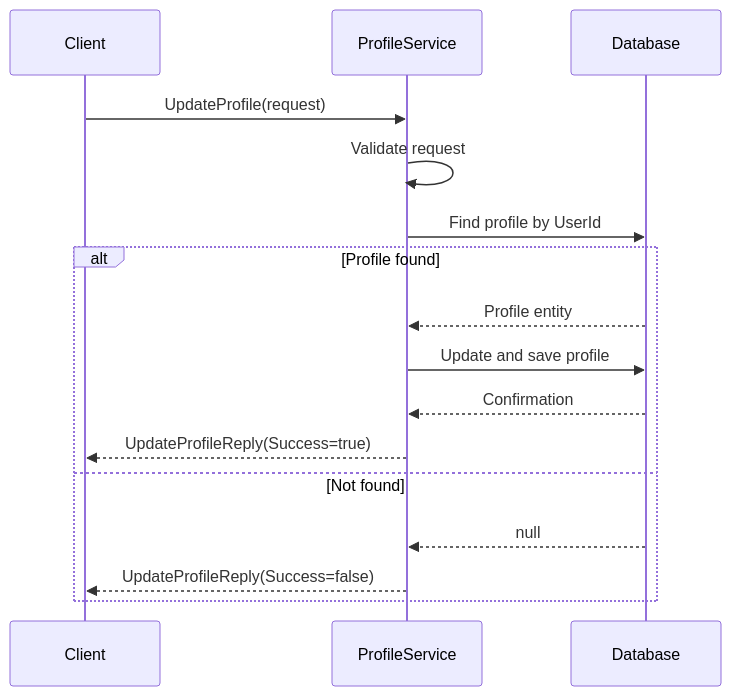
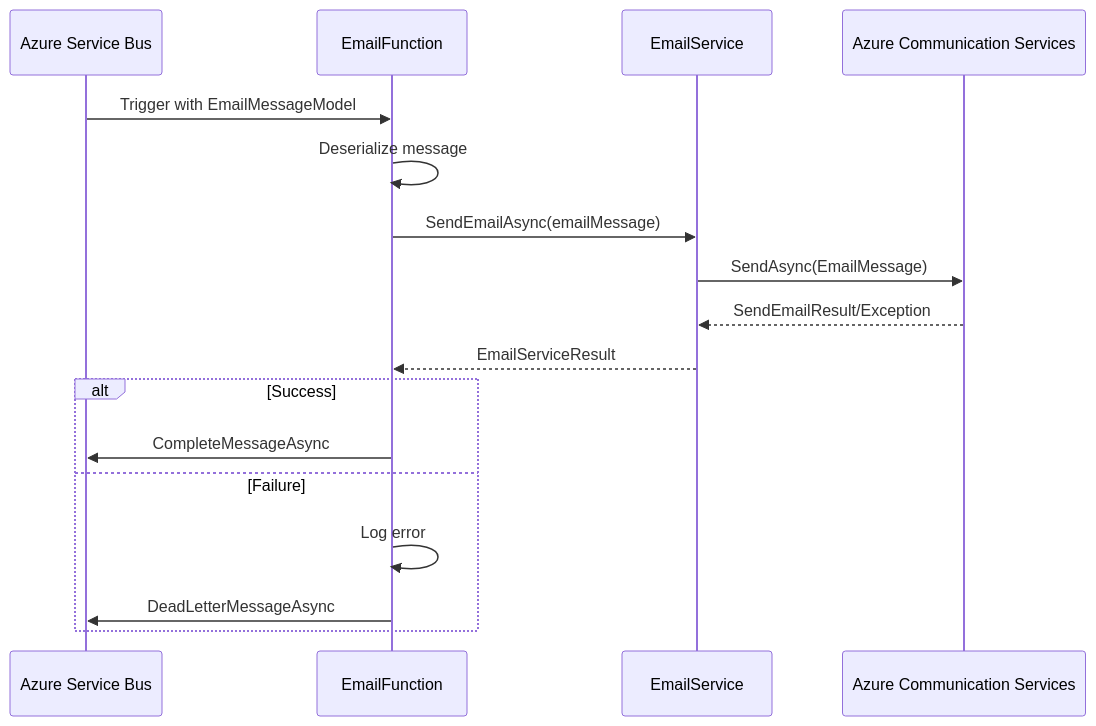
One commit to ASP2G4/EmailServiceFunction changed the second of 2 diagrams in README.md. Above: the diagram before and after it, drawn with Mermaid. The commit also changed other lines of this file, not shown here.

````diff
--- a/README.md
+++ b/README.md
@@ -179,19 +91,20 @@
 ```mermaid
 sequenceDiagram
-    participant Client
-    participant Service as ProfileService
-    participant DB as Database
+    participant ServiceBus as Azure Service Bus
+    participant Function as EmailFunction
+    participant EmailService as EmailService
+    participant ACS as Azure Communication Services
 
-    Client->>Service: UpdateProfile(request)
-    Service->>Service: Validate request
-    Service->>DB: Find profile by UserId
-    alt Profile found
-        DB-->>Service: Profile entity
-        Service->>DB: Update and save profile
-        DB-->>Service: Confirmation
-        Service-->>Client: UpdateProfileReply(Success=true)
-    else Not found
-        DB-->>Service: null
-        Service-->>Client: UpdateProfileReply(Success=false)
+    ServiceBus->>Function: Trigger with EmailMessageModel
+    Function->>Function: Deserialize message
+    Function->>EmailService: SendEmailAsync(emailMessage)
+    EmailService->>ACS: SendAsync(EmailMessage)
+    ACS-->>EmailService: SendEmailResult/Exception
+    EmailService-->>Function: EmailServiceResult
+    alt Success
+        Function->>ServiceBus: CompleteMessageAsync
+    else Failure
+        Function->>Function: Log error
+        Function->>ServiceBus: DeadLetterMessageAsync
     end
-```
+ ```   
````
